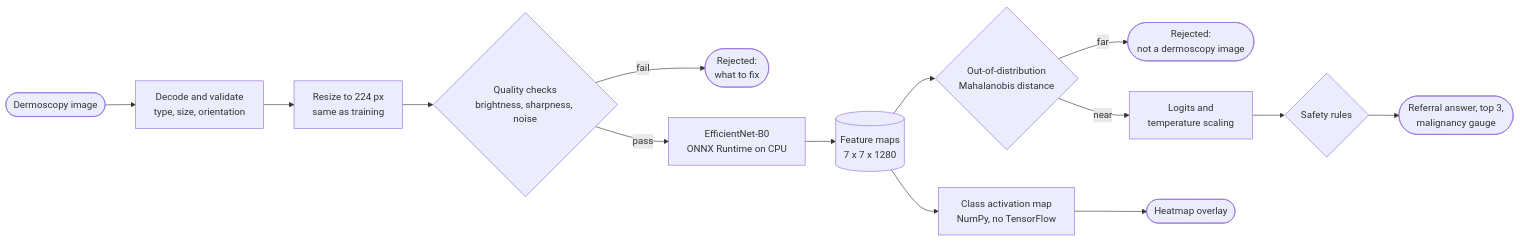
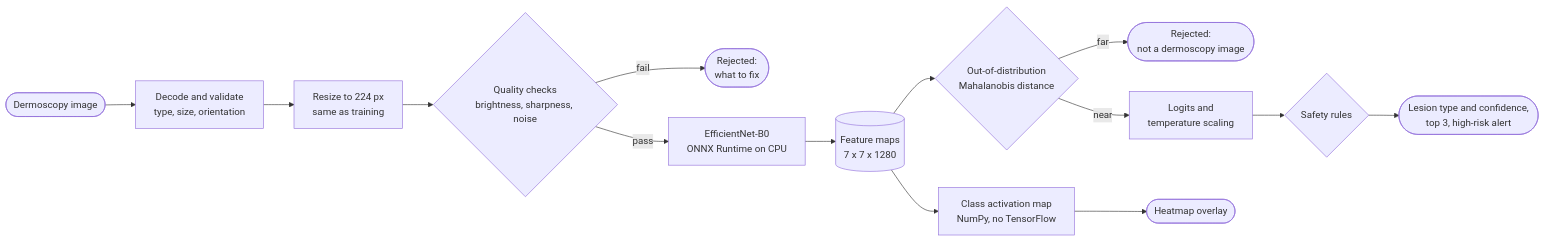
Before and after one commit to OmkarJayvantJadhav/MedVisionAI: the first of 3 diagrams in README.md, drawn with Mermaid. The commit also changed other lines of this file and 20 other files, not shown here.

````diff
--- a/README.md
+++ b/README.md
@@ -187,16 +186,16 @@
 ```mermaid
 flowchart LR
     U(["Dermoscopy image"]) --> D["Decode and validate<br/>type, size, orientation"]
     D --> R["Resize to 224 px<br/>same as training"]
     R --> Q{"Quality checks<br/>brightness, sharpness, noise"}
     Q -- fail --> X(["Rejected:<br/>what to fix"])
     Q -- pass --> M["EfficientNet-B0<br/>ONNX Runtime on CPU"]
     M --> F[("Feature maps<br/>7 x 7 x 1280")]
     F --> O{"Out-of-distribution<br/>Mahalanobis distance"}
     O -- far --> Y(["Rejected:<br/>not a dermoscopy image"])
     O -- near --> L["Logits and<br/>temperature scaling"]
     L --> S{"Safety rules"}
-    S --> V(["Referral answer, top 3,<br/>malignancy gauge"])
+    S --> V(["Lesion type and confidence,<br/>top 3, high-risk alert"])
     F --> C["Class activation map<br/>NumPy, no TensorFlow"]
     C --> H(["Heatmap overlay"])
 ```
````
